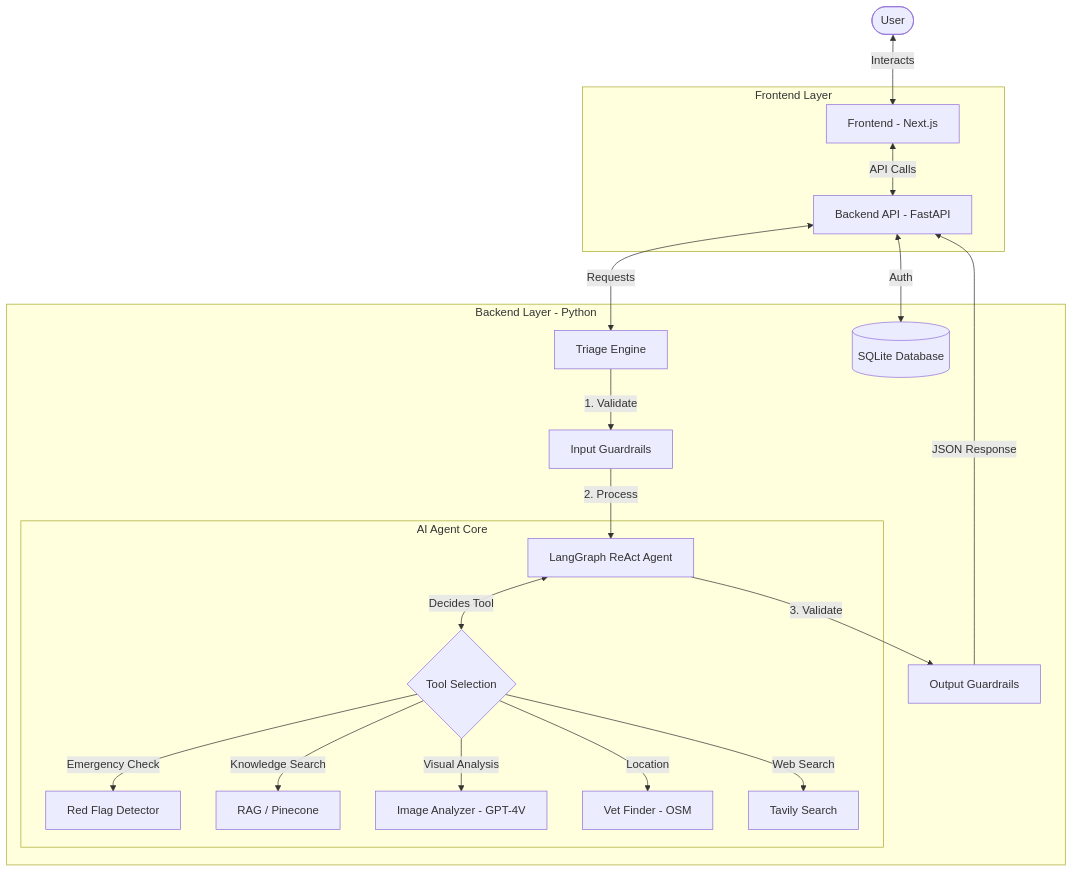
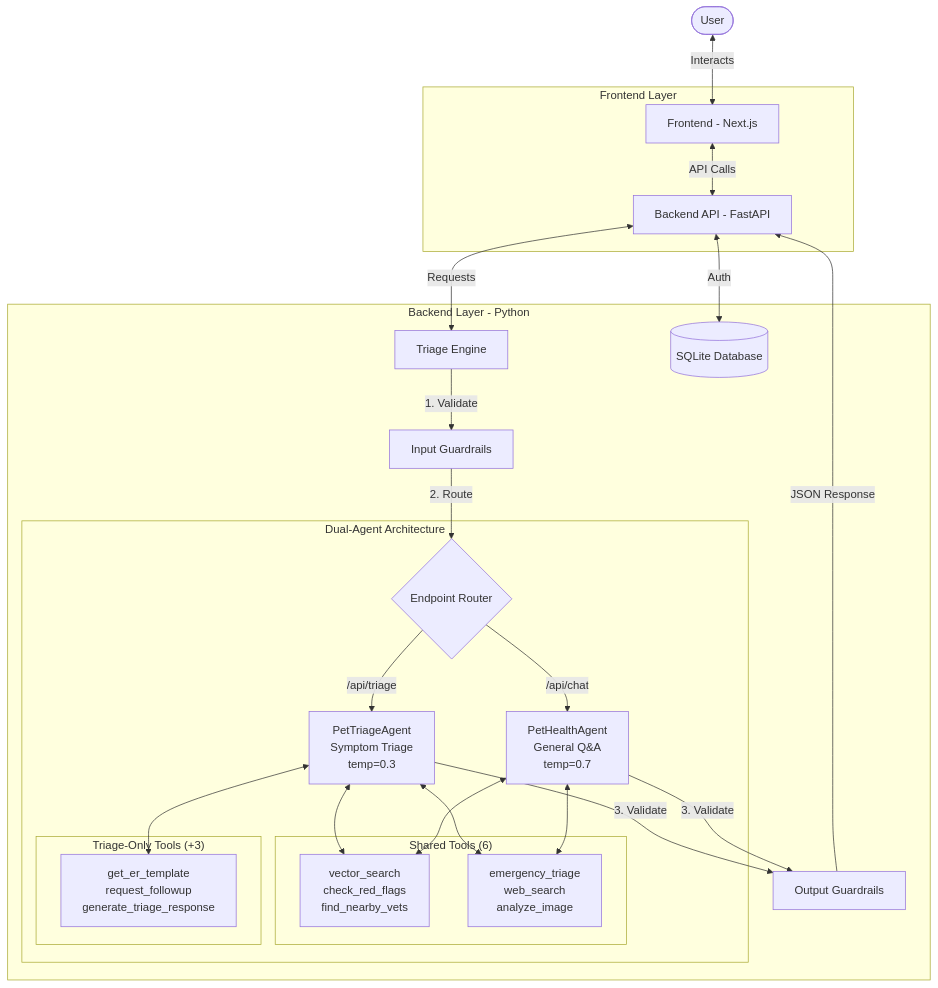
Before and after one commit to sjagannathan17/Fuzzy-Friend: the diagram in README.md, drawn with Mermaid. The commit also changed other lines of this file, not shown here.

Commit message:
docs: Update architecture diagram with dual-agent design and fix Web Search tool

````diff
--- a/README.md
+++ b/README.md
@@ -24,29 +24,41 @@
 ```mermaid
 graph TD
     User([User]) <-->|Interacts| Frontend[Frontend - Next.js]
     
     subgraph "Frontend Layer"
         Frontend <-->|API Calls| API[Backend API - FastAPI]
     end
     
     subgraph "Backend Layer - Python"
         API <-->|Requests| TriageEngine[Triage Engine]
         API <-->|Auth| DB[(SQLite Database)]
         
         TriageEngine -->|1. Validate| InputGuard[Input Guardrails]
-        InputGuard -->|2. Process| Agent[LangGraph ReAct Agent]
+        InputGuard -->|2. Route| Router{Endpoint Router}
         
-        subgraph "AI Agent Core"
-            Agent <-->|Decides Tool| Tools{Tool Selection}
-            Tools -->|Emergency Check| RedFlags[Red Flag Detector]
-            Tools -->|Knowledge Search| RAG[RAG / Pinecone]
-            Tools -->|Visual Analysis| Vision[Image Analyzer - GPT-4V]
-            Tools -->|Location| Maps[Vet Finder - OSM]
-            Tools -->|Web Search| Web[Tavily Search]
+        subgraph "Dual-Agent Architecture"
+            Router -->|/api/chat| HealthAgent[PetHealthAgent<br/>General Q&A<br/>temp=0.7]
+            Router -->|/api/triage| TriageAgent[PetTriageAgent<br/>Symptom Triage<br/>temp=0.3]
+            
+            subgraph "Shared Tools (6)"
+                Tools1[vector_search<br/>check_red_flags<br/>find_nearby_vets]
+                Tools2[emergency_triage<br/>web_search<br/>analyze_image]
+            end
+            
+            subgraph "Triage-Only Tools (+3)"
+                Tools3[get_er_template<br/>request_followup<br/>generate_triage_response]
+            end
+            
+            HealthAgent <--> Tools1
+            HealthAgent <--> Tools2
+            TriageAgent <--> Tools1
+            TriageAgent <--> Tools2
+            TriageAgent <--> Tools3
         end
         
-        Agent -->|3. Validate| OutputGuard[Output Guardrails]
+        HealthAgent -->|3. Validate| OutputGuard[Output Guardrails]
+        TriageAgent -->|3. Validate| OutputGuard
     end
     
     OutputGuard -->|JSON Response| API
 ```
````
